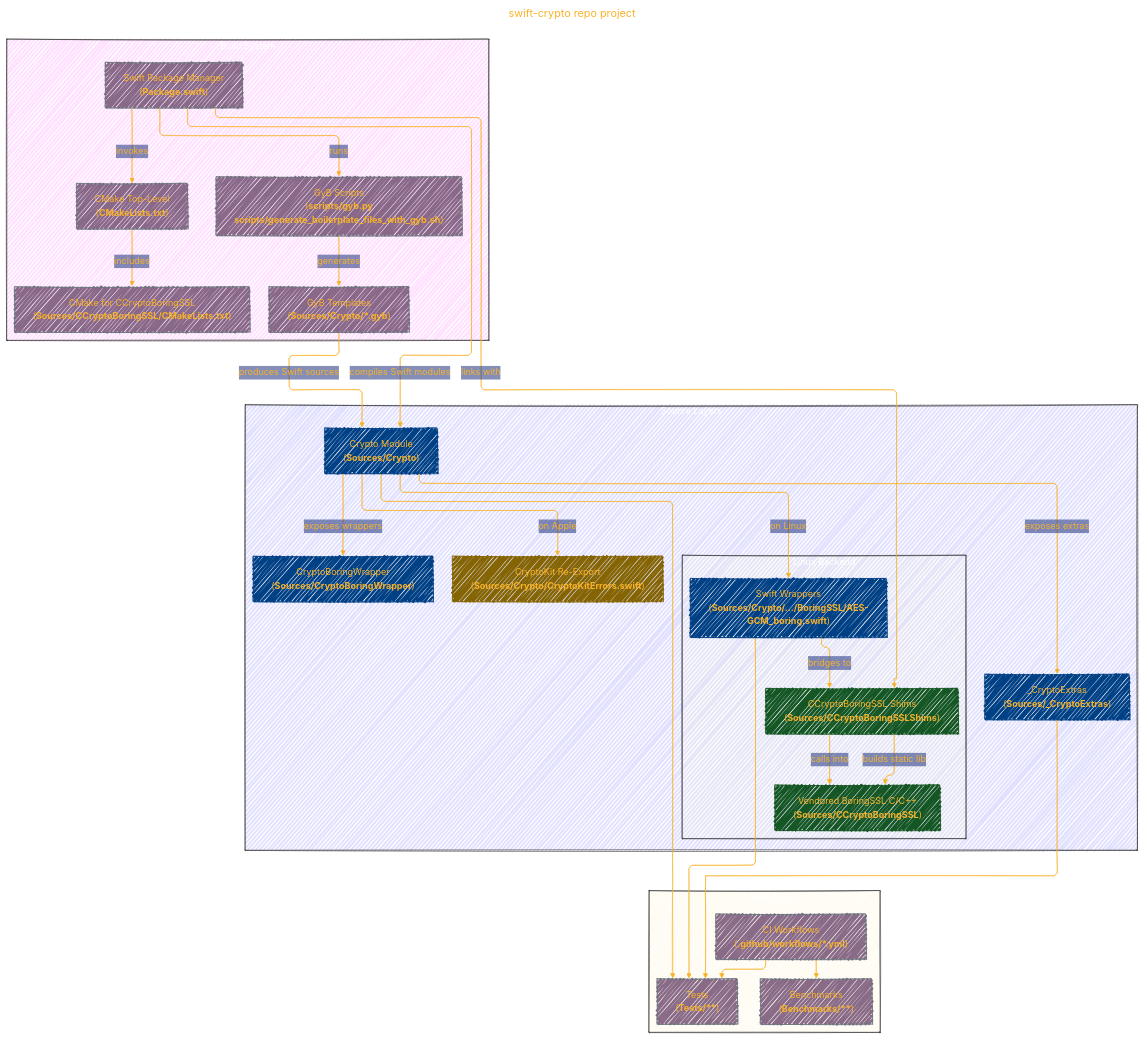
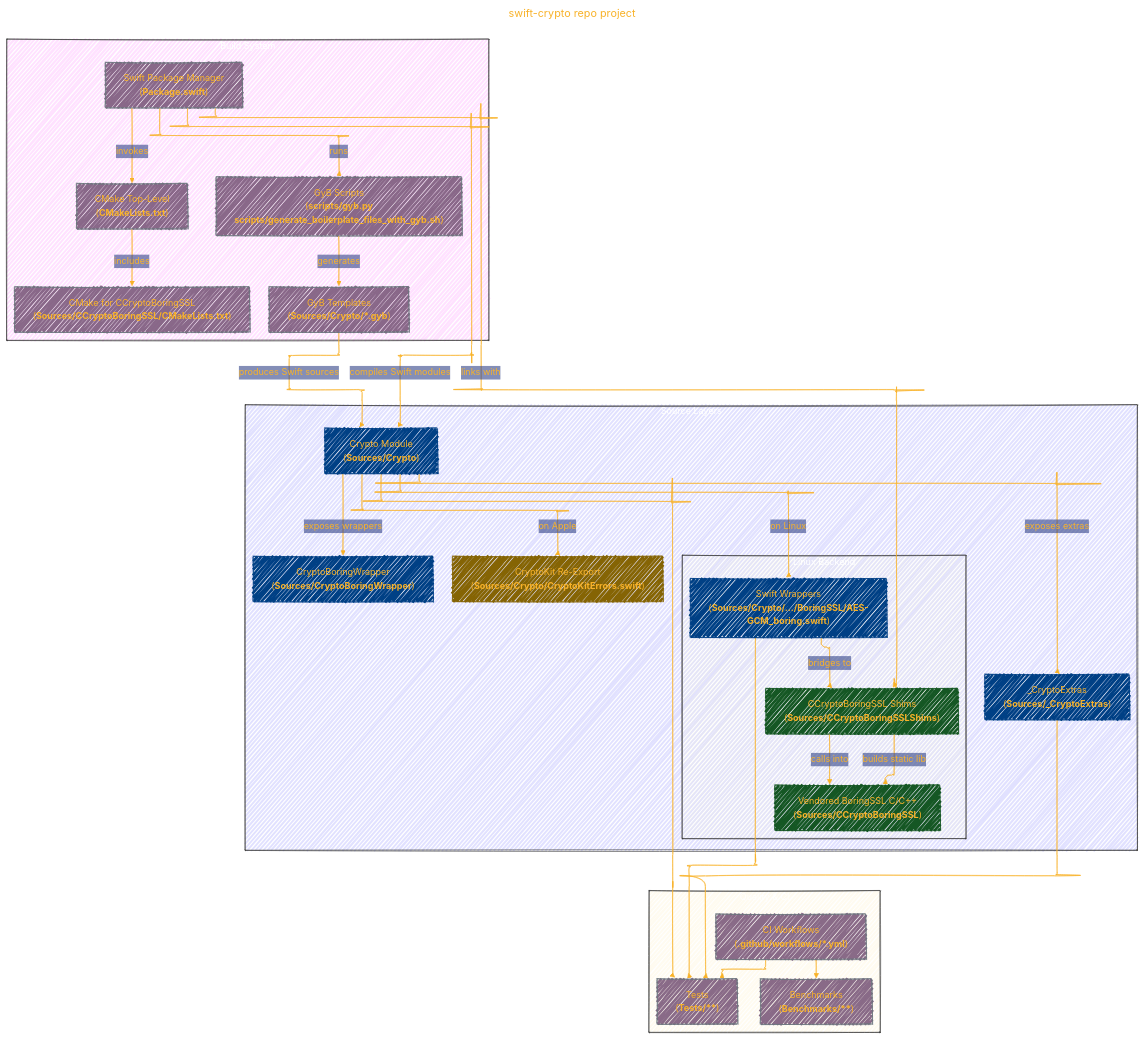
Before and after one commit to CongLeSolutionX/ArchExplorer: the first of 2 diagrams in APPLE/APPLE_REPO_PROJECTS/swift-crypto.md, drawn with Mermaid.

```diff
--- a/APPLE/APPLE_REPO_PROJECTS/swift-crypto.md
+++ b/APPLE/APPLE_REPO_PROJECTS/swift-crypto.md
@@ -56,7 +56,7 @@
 %% basis, bumpX, bumpY, cardinal, catmullRom, linear, monotoneX, monotoneY, natural, step, stepAfter, stepBefore.
 %%{
   init: {
-    'flowchart': { 'htmlLabels': true, 'curve': 'linear'},
+    'flowchart': { 'htmlLabels': true, 'curve': 'cardinal'},
     'fontFamily': 'Monaco',
     'themeVariables': {
       'primaryColor': '#22BB',
```
